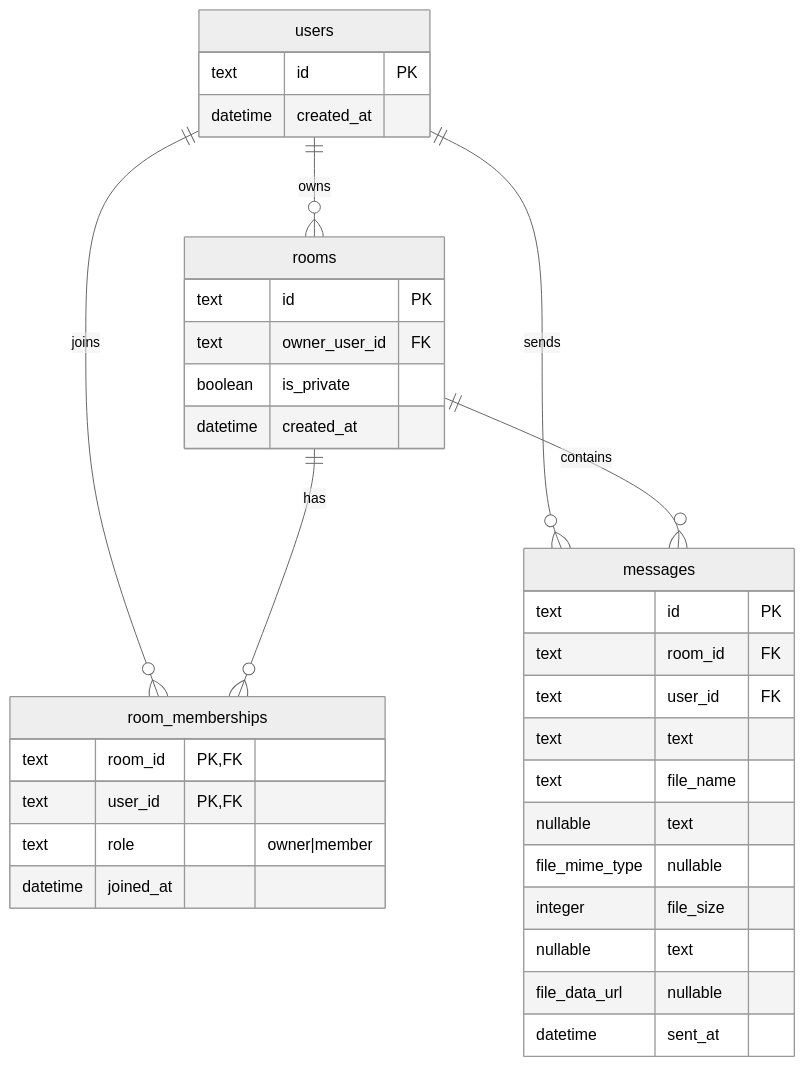
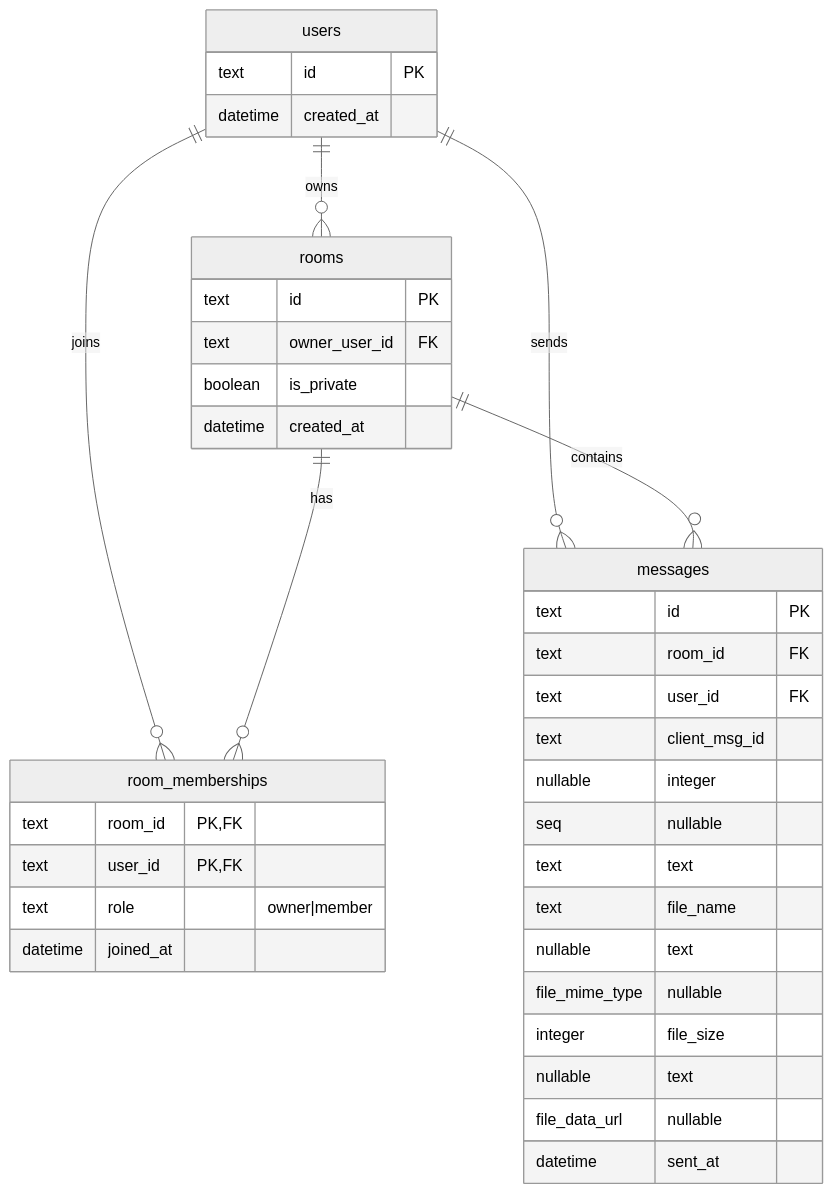
Before and after one commit to trblnoew/realtime-chat-server: the diagram in docs/erd.md, drawn with Mermaid (neutral theme). The commit also changed other lines of this file and 19 other files, not shown here.

````diff
--- a/docs/erd.md
+++ b/docs/erd.md
@@ -3,39 +3,41 @@
 ```mermaid
 erDiagram
   users ||--o{ rooms : owns
   users ||--o{ room_memberships : joins
   rooms ||--o{ room_memberships : has
   users ||--o{ messages : sends
   rooms ||--o{ messages : contains
 
   users {
     text id PK
     datetime created_at
   }
 
   rooms {
     text id PK
     text owner_user_id FK
     boolean is_private
     datetime created_at
   }
 
   room_memberships {
     text room_id PK,FK
     text user_id PK,FK
     text role "owner|member"
     datetime joined_at
   }
 
   messages {
     text id PK
     text room_id FK
     text user_id FK
+    text client_msg_id nullable
+    integer seq nullable
     text text
     text file_name nullable
     text file_mime_type nullable
     integer file_size nullable
     text file_data_url nullable
     datetime sent_at
   }
 ```
````
